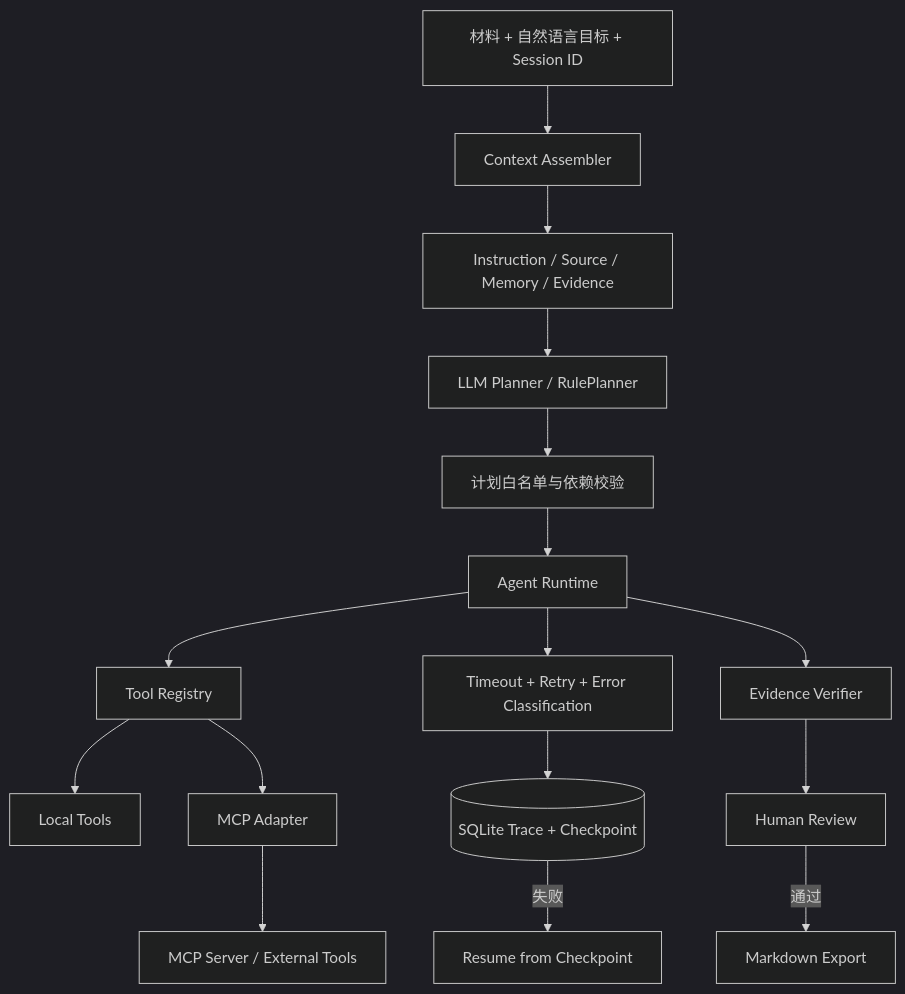
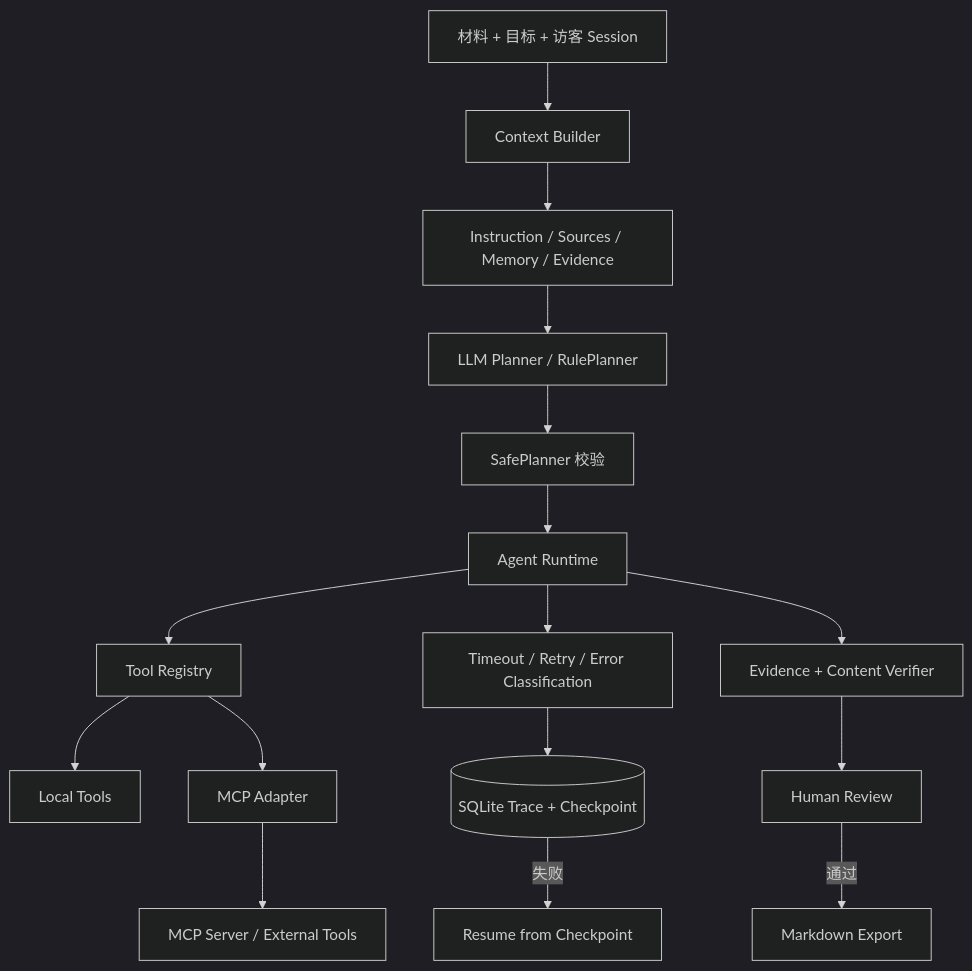
The diagram in README.md (YanCastroJoe/ai-industry-research-assistant), drawn with Mermaid (dark theme) before and after one commit. The commit also changed other lines of this file, not shown here.

````diff
--- a/README.md
+++ b/README.md
@@ -35,18 +35,18 @@
 ```mermaid
 flowchart TD
-    A[材料 + 自然语言目标 + Session ID] --> B[Context Assembler]
-    B --> B1[Instruction / Source / Memory / Evidence]
+    A[材料 + 目标 + 访客 Session] --> B[Context Builder]
+    B --> B1[Instruction / Sources / Memory / Evidence]
     B1 --> C[LLM Planner / RulePlanner]
-    C --> D[计划白名单与依赖校验]
+    C --> D[SafePlanner 校验]
     D --> E[Agent Runtime]
     E --> F[Tool Registry]
     F --> G[Local Tools]
     F --> H[MCP Adapter]
     H --> I[MCP Server / External Tools]
-    E --> J[Timeout + Retry + Error Classification]
+    E --> J[Timeout / Retry / Error Classification]
     J --> K[(SQLite Trace + Checkpoint)]
     K -->|失败| L[Resume from Checkpoint]
-    E --> M[Evidence Verifier]
+    E --> M[Evidence + Content Verifier]
     M --> N[Human Review]
     N -->|通过| O[Markdown Export]
 ```
````
